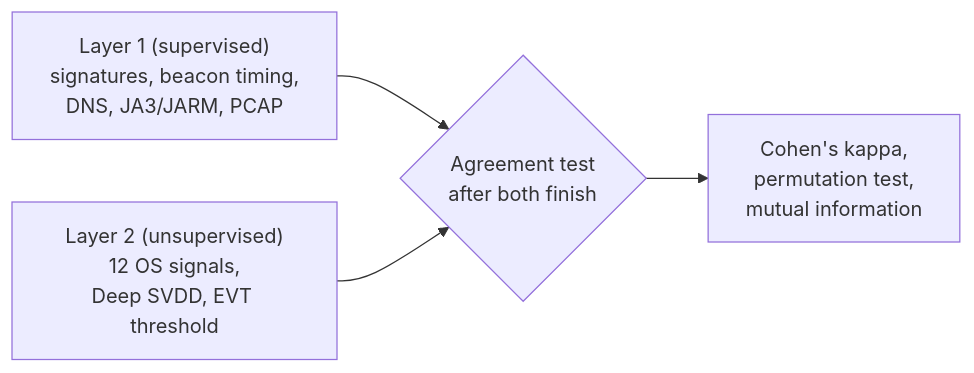
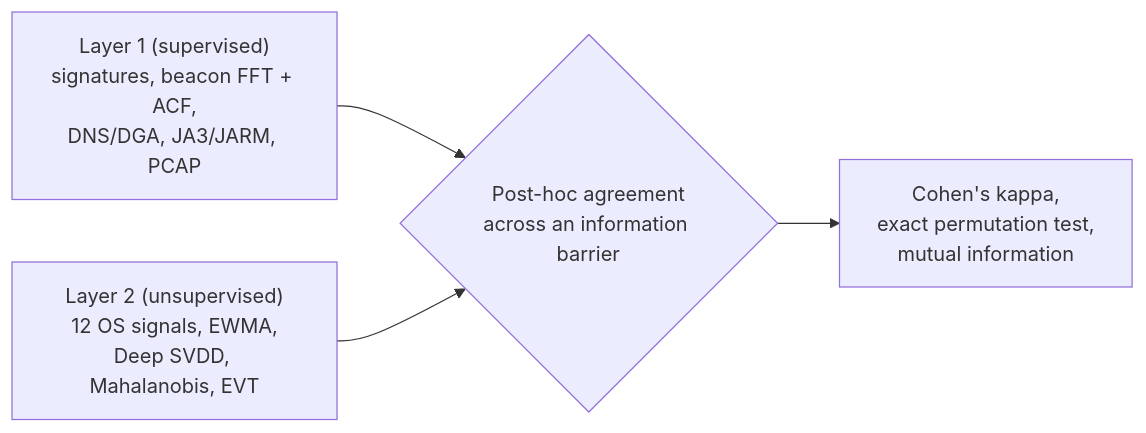
Before and after one commit to NexusDigital313/showcase: the diagram in README.md, drawn with Mermaid. The commit also changed other lines of this file and 2 other files, not shown here.

````diff
--- a/README.md
+++ b/README.md
@@ -85,6 +102,6 @@
 ```mermaid
 flowchart LR
-    A["Layer 1 (supervised)<br/>signatures, beacon timing,<br/>DNS, JA3/JARM, PCAP"] --> C{"Agreement test<br/>after both finish"}
-    B["Layer 2 (unsupervised)<br/>12 OS signals,<br/>Deep SVDD, EVT threshold"] --> C
-    C --> D["Cohen's kappa,<br/>permutation test,<br/>mutual information"]
+    A["Layer 1 (supervised)<br/>signatures, beacon FFT + ACF,<br/>DNS/DGA, JA3/JARM, PCAP"] --> C{"Post-hoc agreement<br/>across an information barrier"}
+    B["Layer 2 (unsupervised)<br/>12 OS signals, EWMA,<br/>Deep SVDD, Mahalanobis, EVT"] --> C
+    C --> D["Cohen's kappa,<br/>exact permutation test,<br/>mutual information"]
 ```
````
